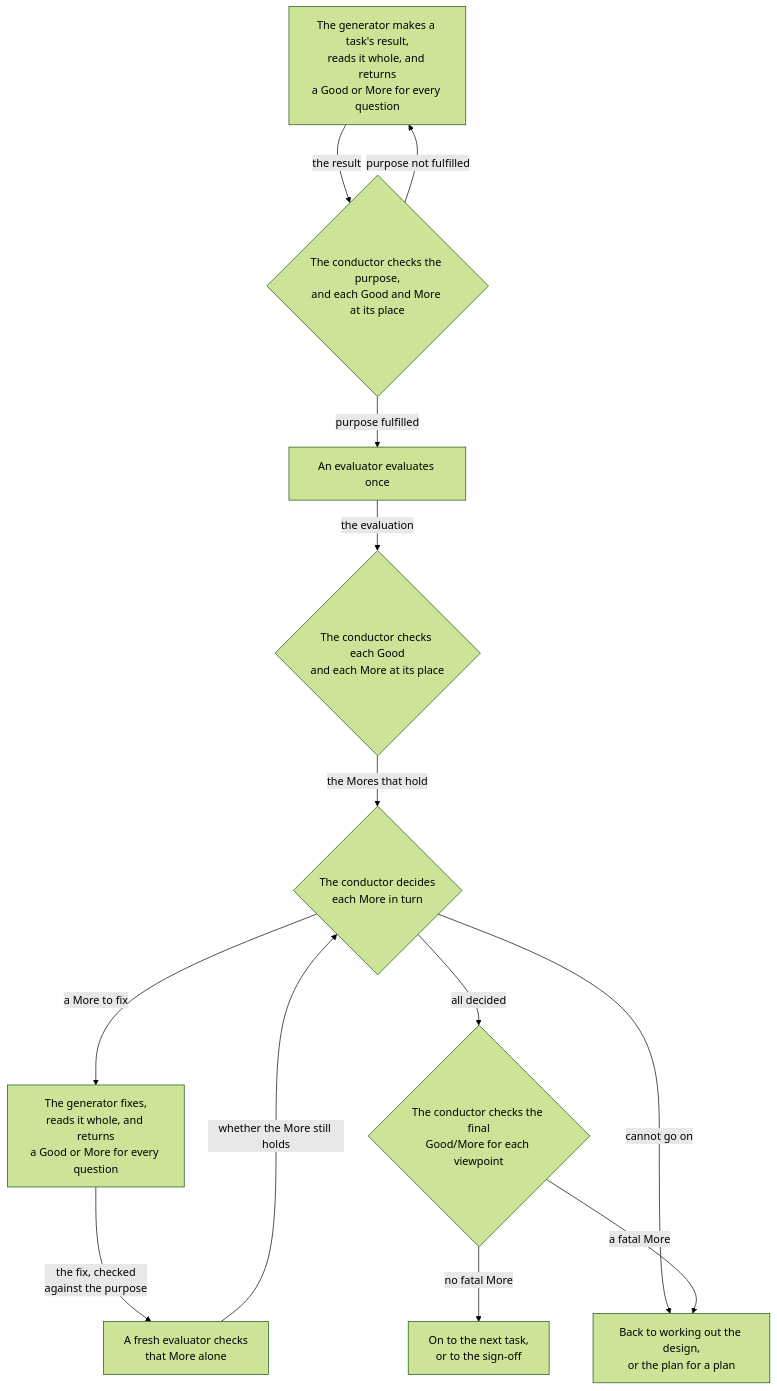
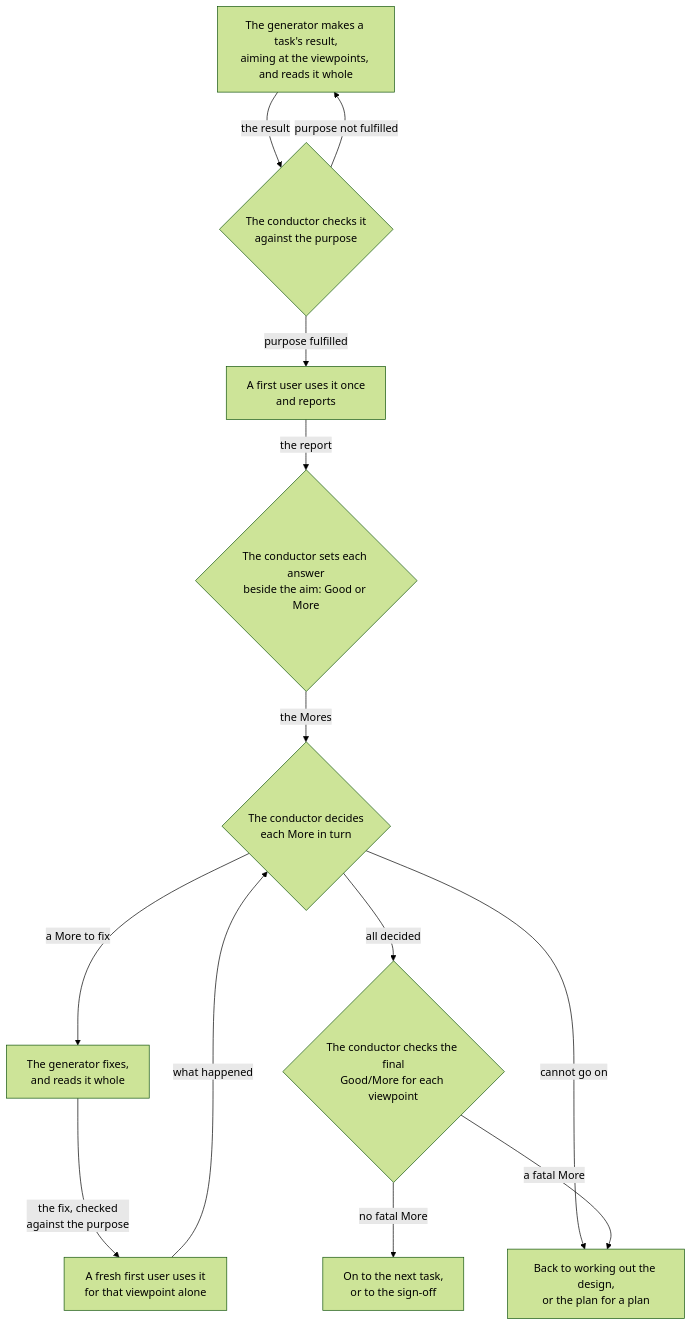
The third of 4 diagrams in rn/docs/design.md (lovaizu/ccpm), drawn with Mermaid (forest theme) before and after one commit. The commit also changed other lines of this file and 2 other files, not shown here.

First line of the commit message:
docs(rn): state the Kano split, criterion IDs, the first user, hooks, and verification as their own document

````diff
--- a/rn/docs/design.md
+++ b/rn/docs/design.md
@@ -174,25 +348,25 @@
 ```mermaid
 flowchart TD
-    M["The generator makes a task's result,<br/>reads it whole, and returns<br/>a Good or More for every question"]
-    K{"The conductor checks the purpose,<br/>and each Good and More at its place"}
-    V["An evaluator evaluates once"]
-    KE{"The conductor checks each Good<br/>and each More at its place"}
+    M["The generator makes a task's result,<br/>aiming at the viewpoints, and reads it whole"]
+    K{"The conductor checks it<br/>against the purpose"}
+    V["A first user uses it once<br/>and reports"]
+    KE{"The conductor sets each answer<br/>beside the aim: Good or More"}
     D{"The conductor decides<br/>each More in turn"}
-    F["The generator fixes,<br/>reads it whole, and returns<br/>a Good or More for every question"]
-    R["A fresh evaluator checks<br/>that More alone"]
+    F["The generator fixes,<br/>and reads it whole"]
+    R["A fresh first user uses it<br/>for that viewpoint alone"]
     J{"The conductor checks the final<br/>Good/More for each viewpoint"}
     N["On to the next task,<br/>or to the sign-off"]
     U["Back to working out the design,<br/>or the plan for a plan"]
     M -->|"the result"| K
     K -->|"purpose not fulfilled"| M
     K -->|"purpose fulfilled"| V
-    V -->|"the evaluation"| KE
-    KE -->|"the Mores that hold"| D
+    V -->|"the report"| KE
+    KE -->|"the Mores"| D
     D -->|"a More to fix"| F
     F -->|"the fix, checked<br/>against the purpose"| R
-    R -->|"whether the More still holds"| D
+    R -->|"what happened"| D
     D -->|"all decided"| J
     D -->|"cannot go on"| U
     J -->|"no fatal More"| N
     J -->|"a fatal More"| U
 ```
````
